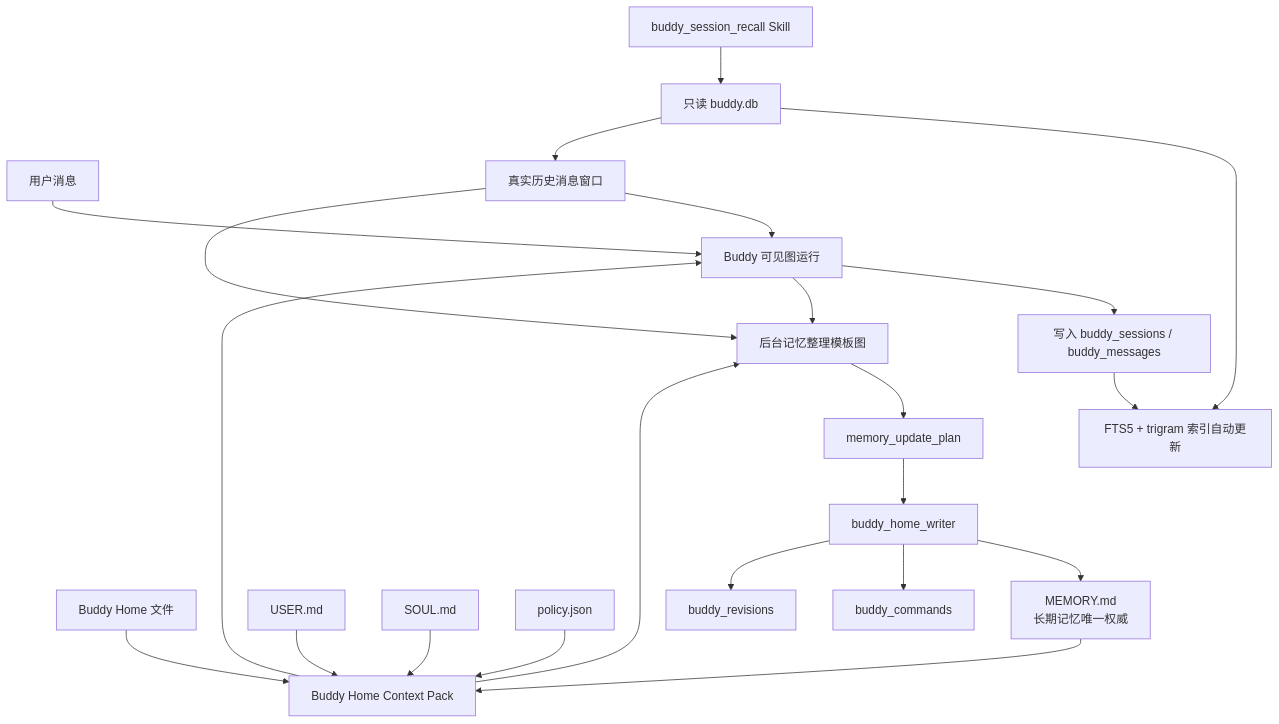
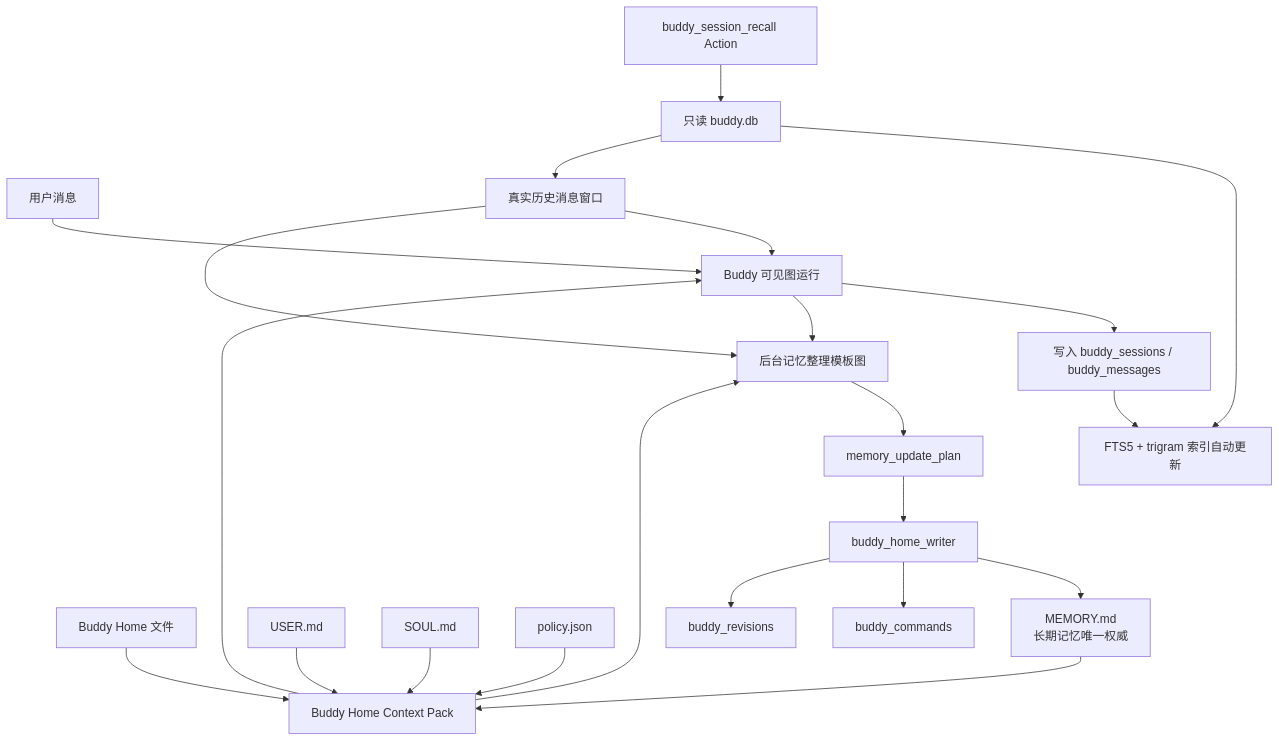
One commit to OoABYSSoO/TooGraph changed the first of 6 diagrams in docs/superpowers/specs/2026-05-20-buddy-memory-hermes-alignment-design.md. Above: the diagram before and after it, drawn with Mermaid. The commit also changed other lines of this file and 285 other files, not shown here.

````diff
--- a/docs/superpowers/specs/2026-05-20-buddy-memory-hermes-alignment-design.md
+++ b/docs/superpowers/specs/2026-05-20-buddy-memory-hermes-alignment-design.md
@@ -79,28 +79,28 @@
 ```mermaid
 flowchart TD
     UserMsg[用户消息] --> BuddyChat[Buddy 可见图运行]
     BuddyChat --> DBWrite[写入 buddy_sessions / buddy_messages]
     DBWrite --> FTS[FTS5 + trigram 索引自动更新]
 
     BuddyHome[Buddy Home 文件] --> ContextPack[Buddy Home Context Pack]
     MemoryMd[MEMORY.md<br/>长期记忆唯一权威] --> ContextPack
     UserMd[USER.md] --> ContextPack
     SoulMd[SOUL.md] --> ContextPack
     Policy[policy.json] --> ContextPack
 
-    RecallSkill[buddy_session_recall Skill] --> DBRead[只读 buddy.db]
+    RecallAction[buddy_session_recall Action] --> DBRead[只读 buddy.db]
     DBRead --> FTS
     DBRead --> RecallResult[真实历史消息窗口]
 
     ContextPack --> BuddyChat
     RecallResult --> BuddyChat
 
     BuddyChat --> ReviewGraph[后台记忆整理模板图]
     RecallResult --> ReviewGraph
     ContextPack --> ReviewGraph
     ReviewGraph --> WritePlan[memory_update_plan]
     WritePlan --> Writer[buddy_home_writer]
     Writer --> MemoryMd
     Writer --> CommandLog[buddy_commands]
     Writer --> RevisionLog[buddy_revisions]
 ```
````
